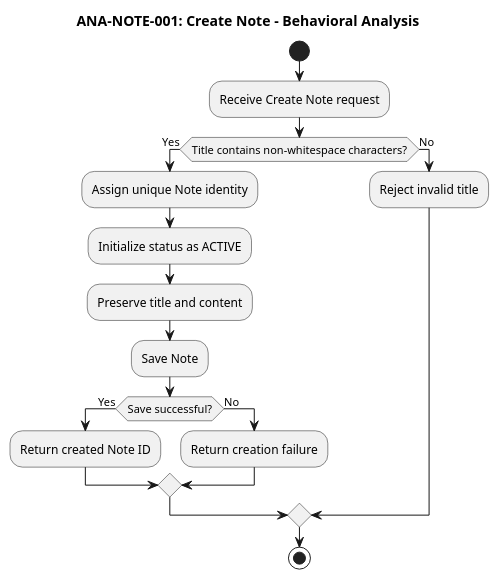
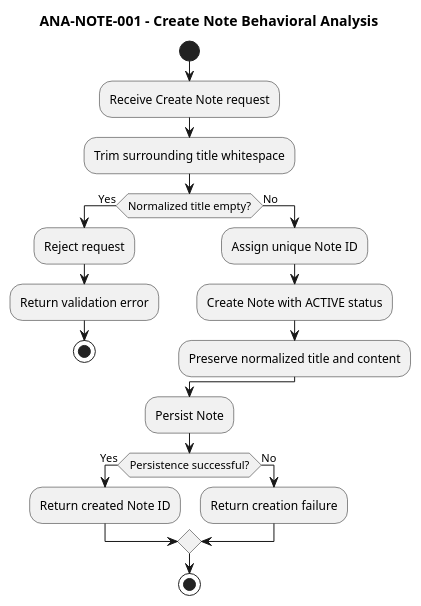
One commit to Thommans-Playground/playground-notes-app changed the diagram in docs/architecture/ddd-note-context-analysis-state-diagram.puml. Above: the diagram before and after it, drawn with PlantUML. The commit also changed 2 other files, not shown here.

Commit message:
Enhance Note Creation Process: Update state diagram and use case to include title validation and whitespace trimming

```diff
--- a/docs/architecture/ddd-note-context-analysis-state-diagram.puml
+++ b/docs/architecture/ddd-note-context-analysis-state-diagram.puml
@@ -1,25 +1,28 @@
-@startuml Analysis of Note Creation
-title ANA-NOTE-001: Create Note - Behavioral Analysis
+@startuml ANA-NOTE-001
+title ANA-NOTE-001 - Create Note Behavioral Analysis
 
 start
 
 :Receive Create Note request;
+:Trim surrounding title whitespace;
 
-if (Title contains non-whitespace characters?) then (Yes)
-    :Assign unique Note identity;
-    :Initialize status as ACTIVE;
-    :Preserve title and content;
-    :Save Note;
+if (Normalized title empty?) then (Yes)
+    :Reject request;
+    :Return validation error;
+    stop
+else (No)
+    :Assign unique Note ID;
+    :Create Note with ACTIVE status;
+    :Preserve normalized title and content;
+endif
 
-    if (Save successful?) then (Yes)
-        :Return created Note ID;
-    else (No)
-        :Return creation failure;
-    endif
+:Persist Note;
 
+if (Persistence successful?) then (Yes)
+    :Return created Note ID;
 else (No)
-    :Reject invalid title;
+    :Return creation failure;
 endif
 
 stop
 @enduml
```
